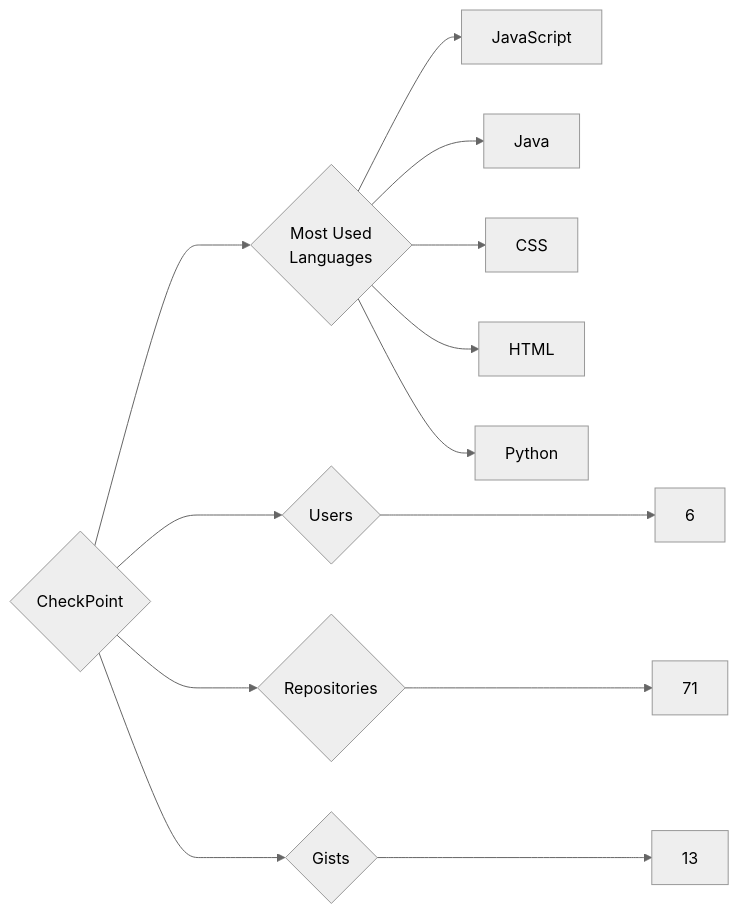
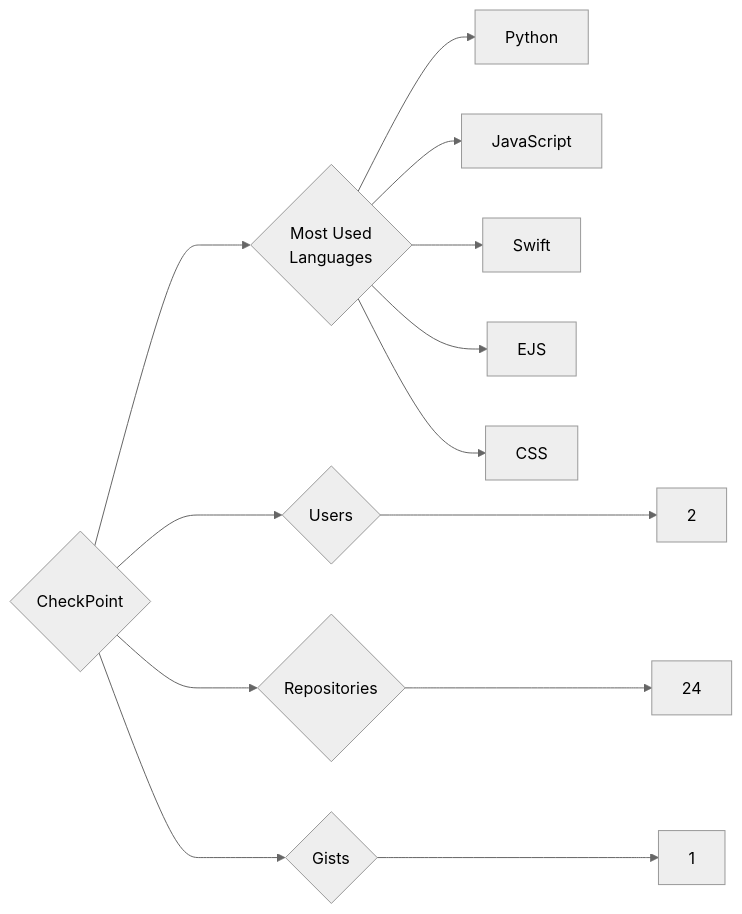
One commit to trickest/insiders changed the diagram in targets/CheckPoint/README.md. Above: the diagram before and after it, drawn with Mermaid (neutral theme). The commit also changed 944 other files, not shown here.

````diff
--- a/targets/CheckPoint/README.md
+++ b/targets/CheckPoint/README.md
@@ -3,13 +3,13 @@
 ```mermaid
 graph LR
 COMPANY_NAME{CheckPoint}
-COMPANY_NAME ---> U{Users} ---> UN[6]
-COMPANY_NAME ---> R{Repositories} ---> RN[71]
-COMPANY_NAME ---> G{Gists} ---> GN[13]
+COMPANY_NAME ---> U{Users} ---> UN[2]
+COMPANY_NAME ---> R{Repositories} ---> RN[24]
+COMPANY_NAME ---> G{Gists} ---> GN[1]
 COMPANY_NAME ---> ML{Most Used<br>Languages}
+ML --> Python[Python]
 ML --> JavaScript[JavaScript]
-ML --> Java[Java]
+ML --> Swift[Swift]
+ML --> EJS[EJS]
 ML --> CSS[CSS]
-ML --> HTML[HTML]
-ML --> Python[Python]
 ```
````
